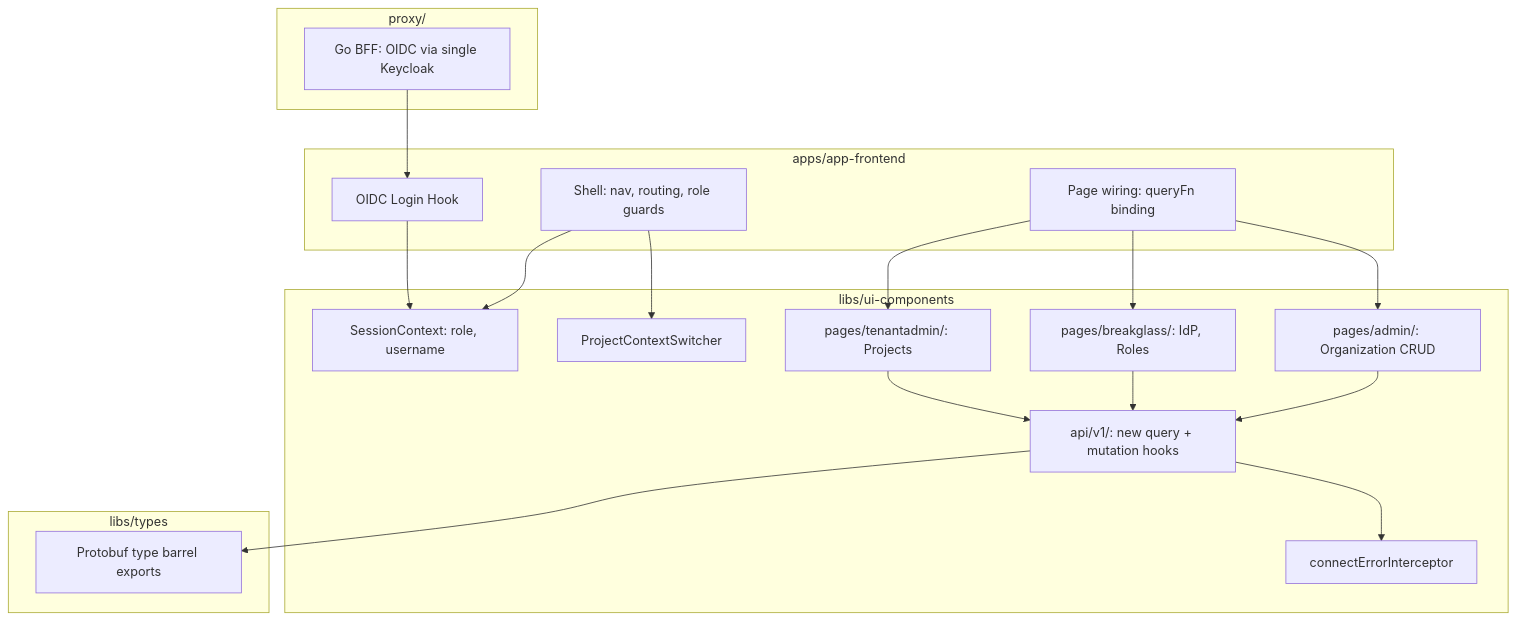
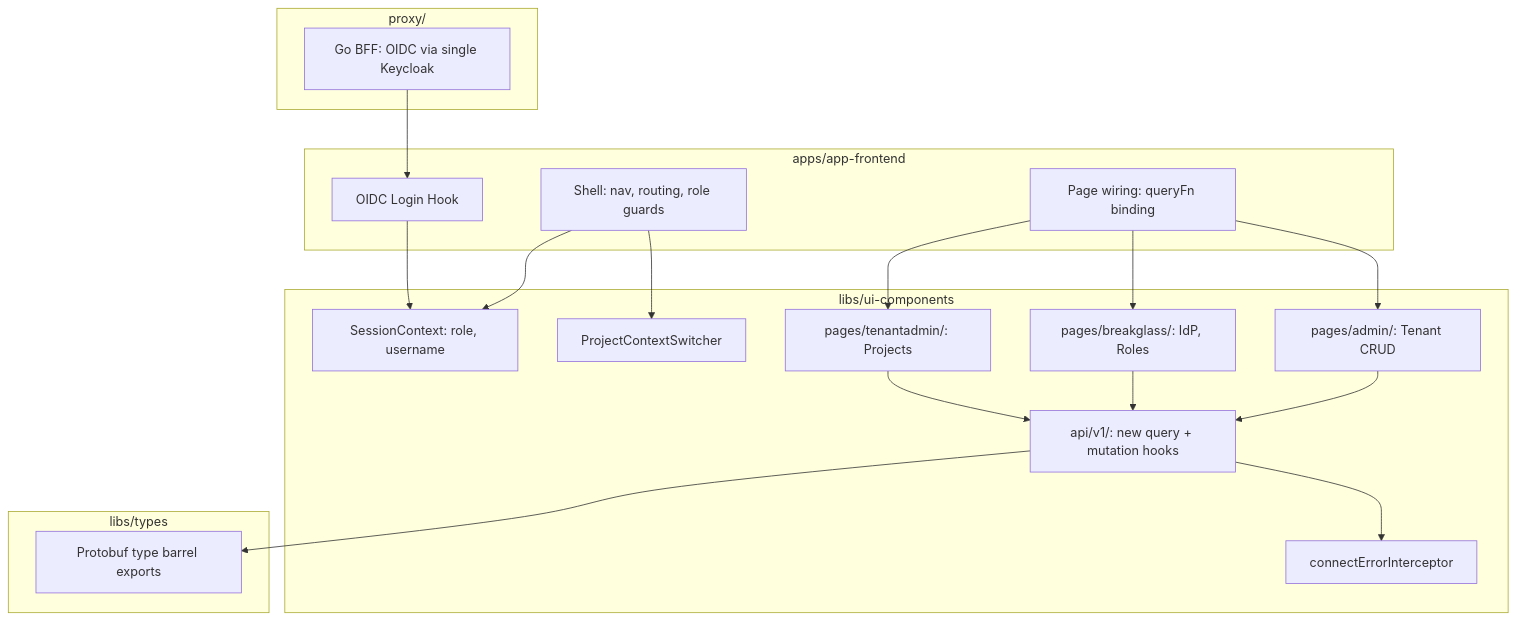
One commit to osac-project/enhancement-proposals changed the first of 2 diagrams in enhancements/organizations/ui-design.md. Above: the diagram before and after it, drawn with Mermaid. The commit also changed other lines of this file, not shown here.

Commit message:
Resolve open questions Use Tenant instead of Organization

````diff
--- a/enhancements/organizations/ui-design.md
+++ b/enhancements/organizations/ui-design.md
@@ -53,39 +53,39 @@
 ```mermaid
 flowchart TD
     subgraph "apps/app-frontend"
         Shell[Shell: nav, routing, role guards]
         OIDC[OIDC Login Hook]
         Pages[Page wiring: queryFn binding]
     end
 
     subgraph "libs/ui-components"
         Session[SessionContext: role, username]
         Switcher[ProjectContextSwitcher]
-        AdminPages[pages/admin/: Organization CRUD]
+        AdminPages[pages/admin/: Tenant CRUD]
         BreakGlassPages[pages/breakglass/: IdP, Roles]
         TenantAdminPages[pages/tenantadmin/: Projects]
         Hooks[api/v1/: new query + mutation hooks]
         Interceptor[connectErrorInterceptor]
     end
 
     subgraph "libs/types"
         Types[Protobuf type barrel exports]
     end
 
     subgraph "proxy/"
         Proxy[Go BFF: OIDC via single Keycloak]
     end
 
     Shell --> Session
     Shell --> Switcher
     OIDC --> Session
     Pages --> AdminPages
     Pages --> BreakGlassPages
     Pages --> TenantAdminPages
     AdminPages --> Hooks
     BreakGlassPages --> Hooks
     TenantAdminPages --> Hooks
     Hooks --> Types
     Hooks --> Interceptor
     Proxy --> OIDC
 ```
````
